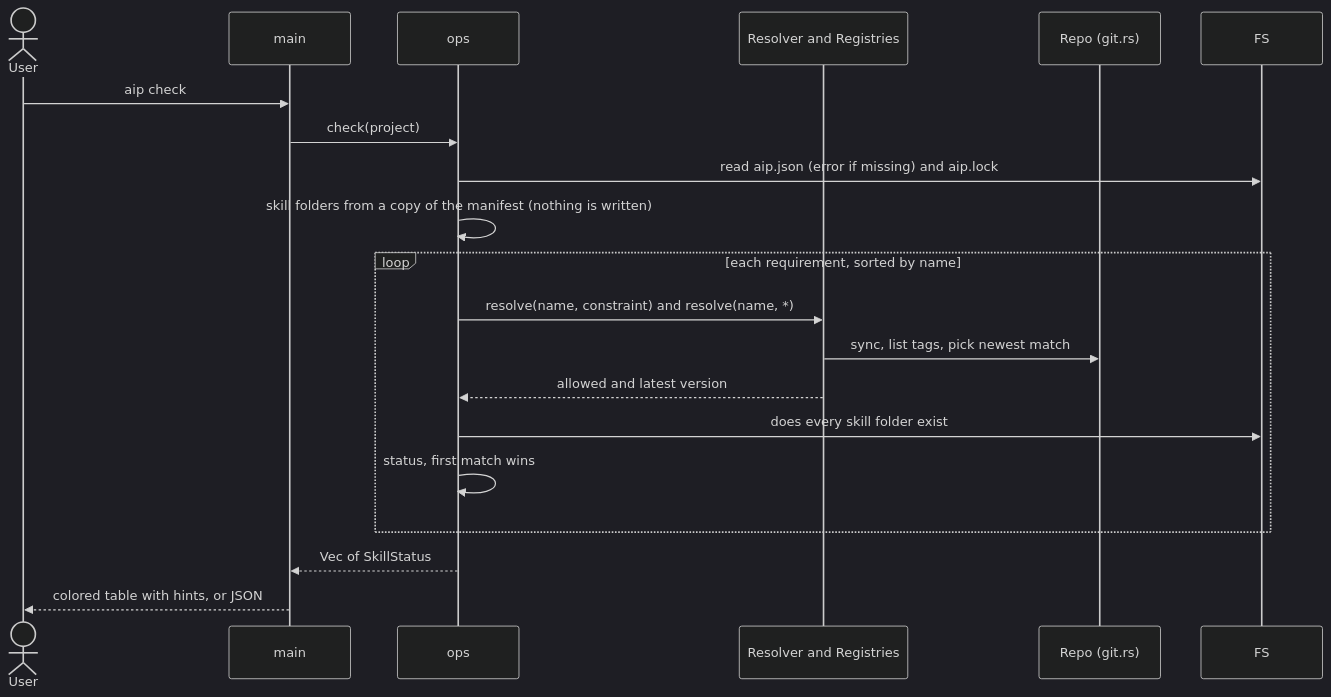
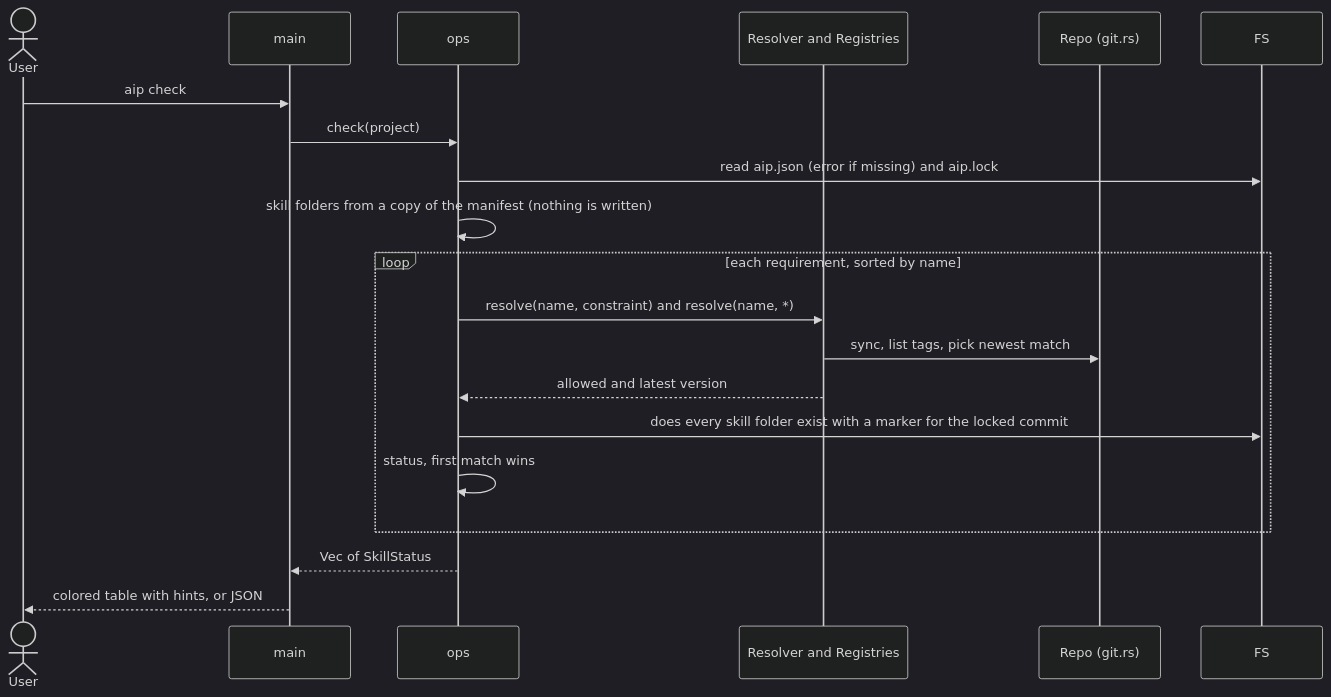
The fourth of 7 diagrams in docs/architecture/arc42/06-runtime-view.md (floriankraemer/ai-package-manger), drawn with Mermaid (dark theme) before and after one commit. The commit also changed other lines of this file and 18 other files, not shown here.

````diff
--- a/docs/architecture/arc42/06-runtime-view.md
+++ b/docs/architecture/arc42/06-runtime-view.md
@@ -113,22 +127,22 @@
 ```mermaid
 sequenceDiagram
     actor U as User
     participant M as main
     participant O as ops
     participant R as Resolver and Registries
     participant G as Repo (git.rs)
     participant F as FS
     U->>M: aip check
     M->>O: check(project)
     O->>F: read aip.json (error if missing) and aip.lock
     O->>O: skill folders from a copy of the manifest (nothing is written)
     loop each requirement, sorted by name
         O->>R: resolve(name, constraint) and resolve(name, *)
         R->>G: sync, list tags, pick newest match
         R-->>O: allowed and latest version
-        O->>F: does every skill folder exist
+        O->>F: does every skill folder exist with a marker for the locked commit
         O->>O: status, first match wins
     end
     O-->>M: Vec of SkillStatus
     M-->>U: colored table with hints, or JSON
 ```
````
